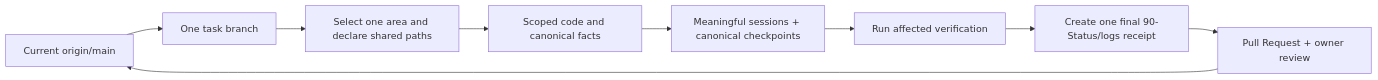
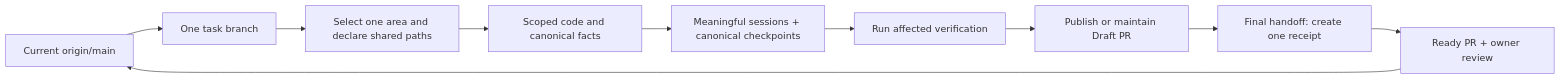
One commit to kraveerachat/Project-End-The-AEGIS changed the diagram in Obsidian_AEGIS_Vault/AEGIS_Knowledge/core/agent-operating-rules.md. Above: the diagram before and after it, drawn with Mermaid. The commit also changed other lines of this file and 6 other files, not shown here.

Commit message:
fix(collaboration): align draft receipt guard with task workflow

````diff
--- a/Obsidian_AEGIS_Vault/AEGIS_Knowledge/core/agent-operating-rules.md
+++ b/Obsidian_AEGIS_Vault/AEGIS_Knowledge/core/agent-operating-rules.md
@@ -44,11 +44,12 @@
 ```mermaid
 flowchart LR
     Main["Current origin/main"] --> Branch["One task branch"]
     Branch --> Scope["Select one area and declare shared paths"]
     Scope --> Work["Scoped code and canonical facts"]
     Work --> Session["Meaningful sessions + canonical checkpoints"]
     Session --> Test["Run affected verification"]
-    Test --> Receipt["Create one final 90-Status/logs receipt"]
-    Receipt --> PR["Pull Request + owner review"]
-    PR --> Main
+    Test --> DraftPR["Publish or maintain Draft PR"]
+    DraftPR --> Receipt["Final handoff: create one receipt"]
+    Receipt --> Ready["Ready PR + owner review"]
+    Ready --> Main
 ```
````
